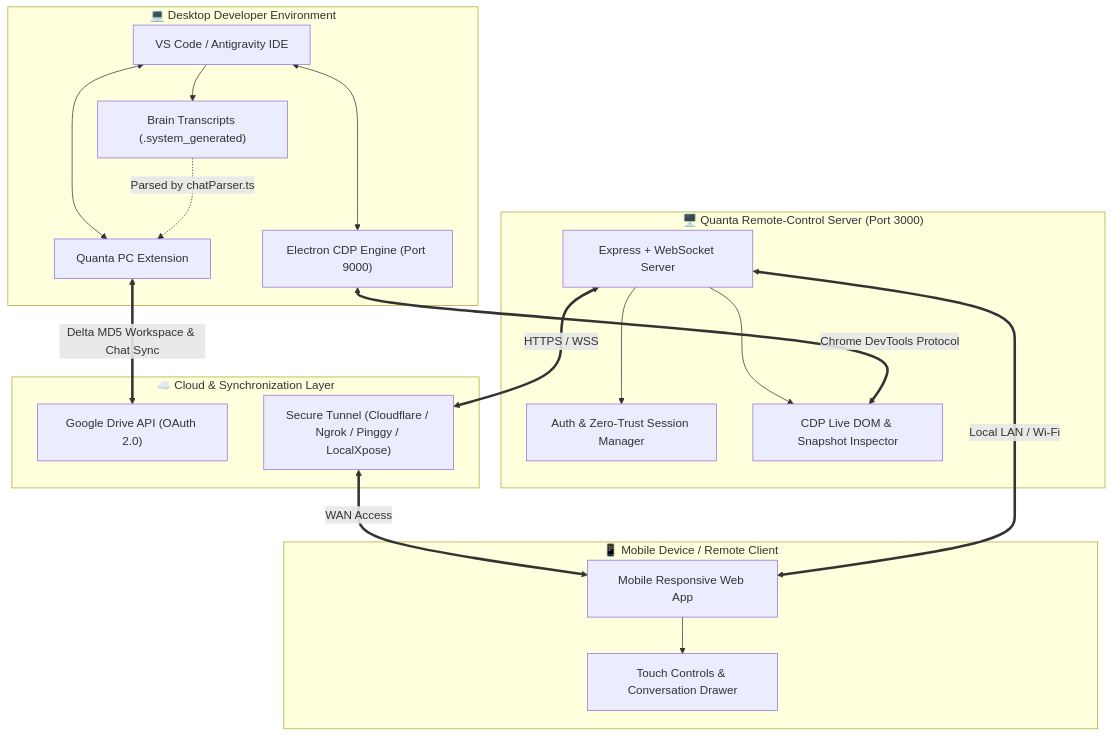
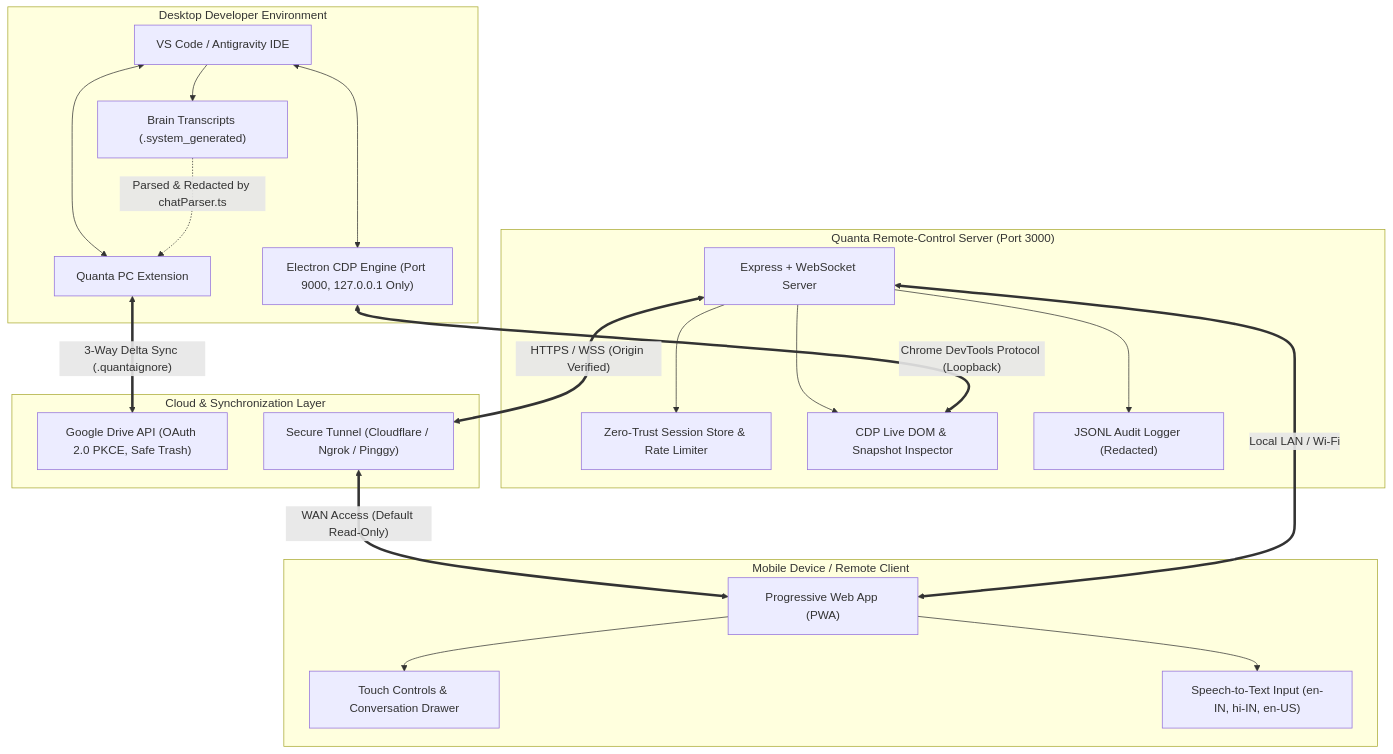
Before and after one commit to sohamchaudhari2233/Quanta-IDE: the diagram in README.md, drawn with Mermaid. The commit also changed other lines of this file and 265 other files, not shown here.

Commit message:
Replace legacy workspace with hardened remote control and responsive UI

````diff
--- a/README.md
+++ b/README.md
@@ -62,40 +37,45 @@
 ```mermaid
 flowchart TD
-    subgraph PC["💻 Desktop Developer Environment"]
+    subgraph PC["Desktop Developer Environment"]
         IDE["VS Code / Antigravity IDE"]
-        CDP["Electron CDP Engine (Port 9000)"]
+        CDP["Electron CDP Engine (Port 9000, 127.0.0.1 Only)"]
         EXT["Quanta PC Extension"]
         LOGS["Brain Transcripts (.system_generated)"]
-
+        
         IDE <--> CDP
         IDE <--> EXT
         IDE --> LOGS
     end
 
-    subgraph CLOUD["☁️ Cloud & Synchronization Layer"]
-        GDRIVE["Google Drive API (OAuth 2.0)"]
-        TUNNEL["Secure Tunnel (Cloudflare / Ngrok / Pinggy / LocalXpose)"]
+    subgraph CLOUD["Cloud & Synchronization Layer"]
+        GDRIVE["Google Drive API (OAuth 2.0 PKCE, Safe Trash)"]
+        TUNNEL["Secure Tunnel (Cloudflare / Ngrok / Pinggy)"]
     end
 
-    subgraph REMOTE["🖥️ Quanta Remote-Control Server (Port 3000)"]
+    subgraph REMOTE["Quanta Remote-Control Server (Port 3000)"]
         SRV["Express + WebSocket Server"]
-        AUTH["Auth & Zero-Trust Session Manager"]
+        AUTH["Zero-Trust Session Store & Rate Limiter"]
         INSPECT["CDP Live DOM & Snapshot Inspector"]
-
+        AUDIT["JSONL Audit Logger (Redacted)"]
+        
         SRV --> AUTH
         SRV --> INSPECT
+        SRV --> AUDIT
     end
 
-    subgraph MOBILE["📱 Mobile Device / Remote Client"]
-        PHONE["Mobile Responsive Web App"]
+    subgraph MOBILE["Mobile Device / Remote Client"]
+        PHONE["Progressive Web App (PWA)"]
         TOUCH["Touch Controls & Conversation Drawer"]
+        VOICE["Speech-to-Text Input (en-IN, hi-IN, en-US)"]
         PHONE --> TOUCH
+        PHONE --> VOICE
     end
 
-    CDP <== "Chrome DevTools Protocol" ==> INSPECT
-    EXT <== "Delta MD5 Workspace & Chat Sync" ==> GDRIVE
-    LOGS -. "Parsed by chatParser.ts" .-> EXT
-    SRV <== "HTTPS / WSS" ==> TUNNEL
-    TUNNEL <== "WAN Access" ==> PHONE
+    %% Connections
+    CDP <== "Chrome DevTools Protocol (Loopback)" ==> INSPECT
+    EXT <== "3-Way Delta Sync (.quantaignore)" ==> GDRIVE
+    LOGS -. "Parsed & Redacted by chatParser.ts" .-> EXT
+    SRV <== "HTTPS / WSS (Origin Verified)" ==> TUNNEL
+    TUNNEL <== "WAN Access (Default Read-Only)" ==> PHONE
     SRV <== "Local LAN / Wi-Fi" ==> PHONE
 ```
````
